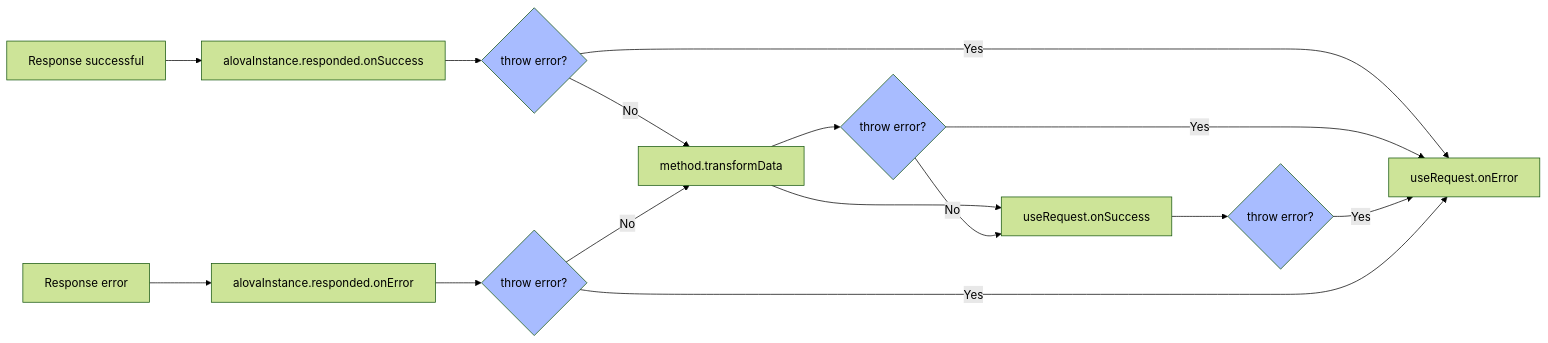
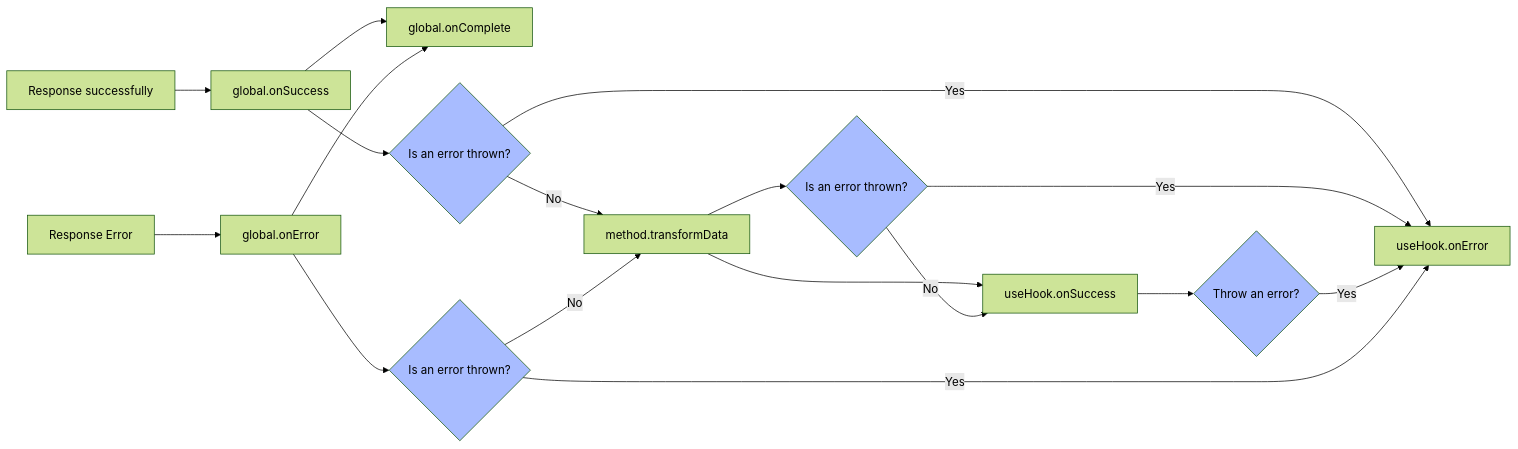
The diagram in docs/tutorial/03-combine-framework/05-response.md (alovajs/alovajs.github.io), drawn with Mermaid (forest theme) before and after one commit. The commit also changed other lines of this file and 128 other files, not shown here.

````diff
--- a/docs/tutorial/03-combine-framework/05-response.md
+++ b/docs/tutorial/03-combine-framework/05-response.md
@@ -11,22 +11,24 @@
 ```mermaid
 flowchart LR
    classDef condition fill:#a8bcff
 
-   R1[Response successful] --> alovaInstance.responded.onSuccess
-   alovaInstance.responded.onSuccess --> throw{throw error?}:::condition
+   R1[Response successfully] --> global.onSuccess
+   global.onSuccess --> global.onComplete
+   global.onSuccess --> throw{Is an error thrown? }:::condition
    throw -->|No| method.transformData
-   method.transformData --> useRequest.onSuccess
-   throw -->|Yes| useRequest.onError
+   method.transformData --> useHook.onSuccess
+   throw -->|Yes| useHook.onError
 
-   method.transformData --> throw2{throw error?}:::condition
-   throw2 -->|No| useRequest.onSuccess
-   throw2 -->|Yes| useRequest.onError
+   method.transformData --> throw2{Is an error thrown? }:::condition
+   throw2 -->|No| useHook.onSuccess
+   throw2 -->|Yes| useHook.onError
 
-   useRequest.onSuccess --> throw3{throw error?}:::condition
-   throw3 -->|Yes| useRequest.onError
+   useHook.onSuccess --> throw3{Throw an error? }:::condition
+   throw3 -->|Yes| useHook.onError
 
-   R2[Response error] --> alovaInstance.responded.onError
-   alovaInstance.responded.onError --> throw4{throw error?}:::condition
-   throw4 -->|Yes| useRequest.onError
+   R2[Response Error] --> global.onError
+   global.onError --> global.onComplete
+   global.onError --> throw4{Is an error thrown? }:::condition
+   throw4 -->|Yes| useHook.onError
    throw4 -->|No| method.transformData
 ```
````
